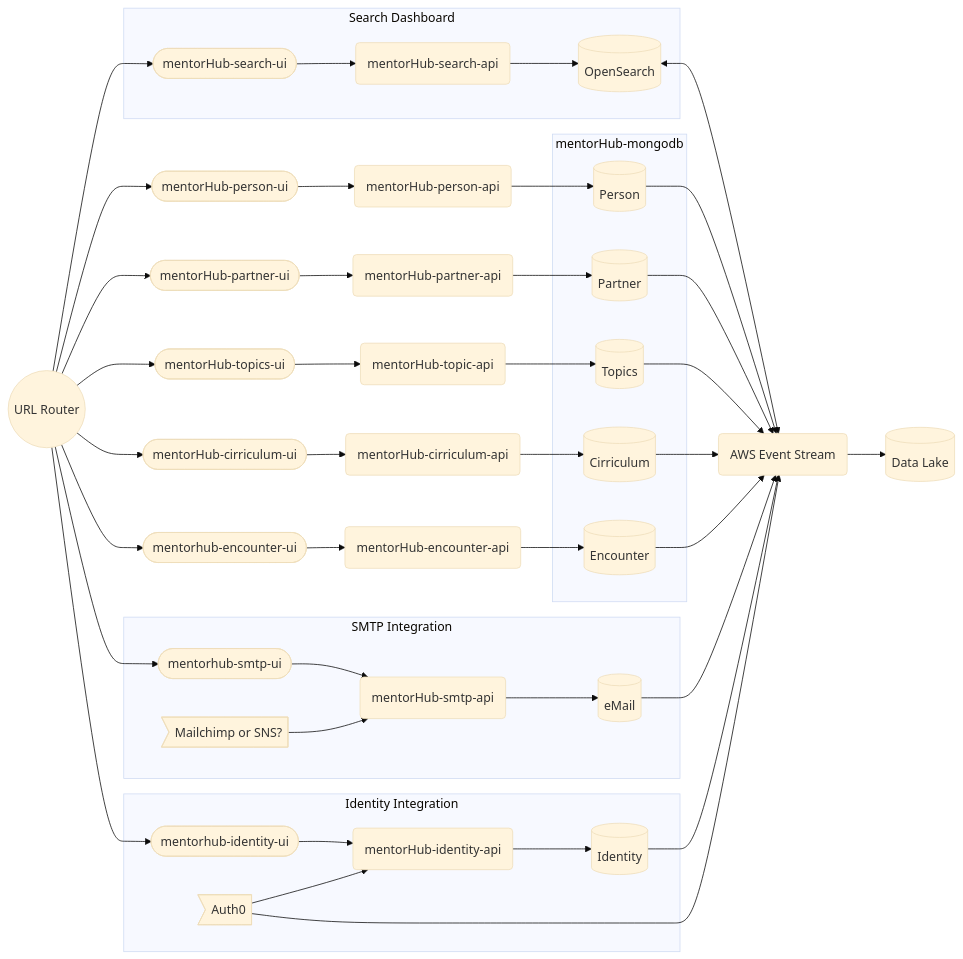
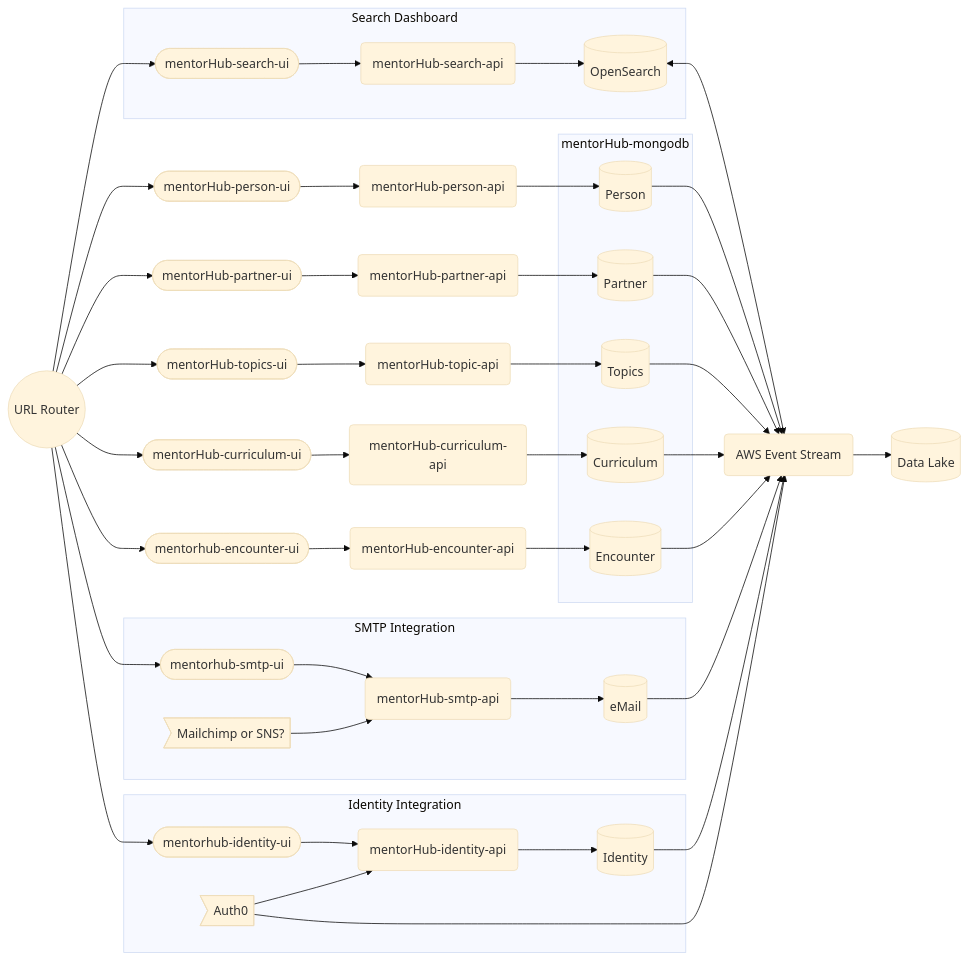
Before and after one commit to agile-learning-institute/mentorHub: the first of 5 diagrams in specifications/ARCHITECTURE.md, drawn with Mermaid (base theme). The commit also changed 1 other file, not shown here.

Commit message:
Fix spelling of curriculum

```diff
--- a/specifications/ARCHITECTURE.md
+++ b/specifications/ARCHITECTURE.md
@@ -52,9 +52,9 @@
     --> BUS
 
     APIG    
-    --> CirriculumUI([mentorHub-cirriculum-ui])
-    --> CirriculumAPI(mentorHub-cirriculum-api)
-    --> CirriculumDB[(Cirriculum)]
+    --> CurriculumUI([mentorHub-curriculum-ui])
+    --> CurriculumAPI(mentorHub-curriculum-api)
+    --> CurriculumDB[(Curriculum)]
     --> BUS
 
     APIG    
@@ -90,7 +90,7 @@
         PersonDB
         TopicsDB
         PartnerDB
-        CirriculumDB
+        CurriculumDB
         EncounterDB
         IdentityDB
         eMailDB
```
